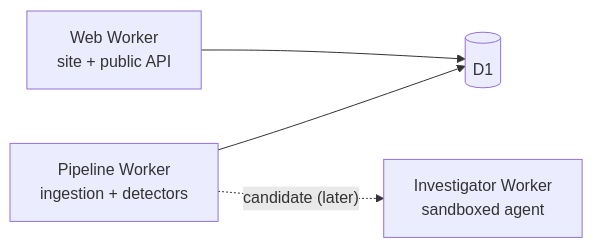
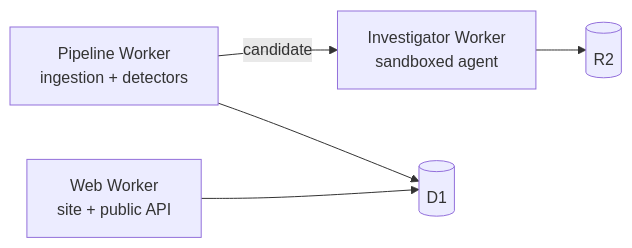
The second of 2 diagrams in ARCHITECTURE.md (EzraApple/public-patterns), drawn with Mermaid before and after one commit. The commit also changed other lines of this file and 43 other files, not shown here.

````diff
--- a/ARCHITECTURE.md
+++ b/ARCHITECTURE.md
@@ -69,11 +69,13 @@
 ```mermaid
 flowchart LR
     Web["Web Worker<br/>site + public API"]
     Pipeline["Pipeline Worker<br/>ingestion + detectors"]
     Investigator["Investigator Worker<br/>sandboxed agent"]
     Storage[("D1")]
+    Archive[("R2")]
 
     Pipeline --> Storage
-    Pipeline -.->|"candidate (later)"| Investigator
+    Pipeline -->|"candidate"| Investigator
+    Investigator --> Archive
     Web --> Storage
 ```
````
